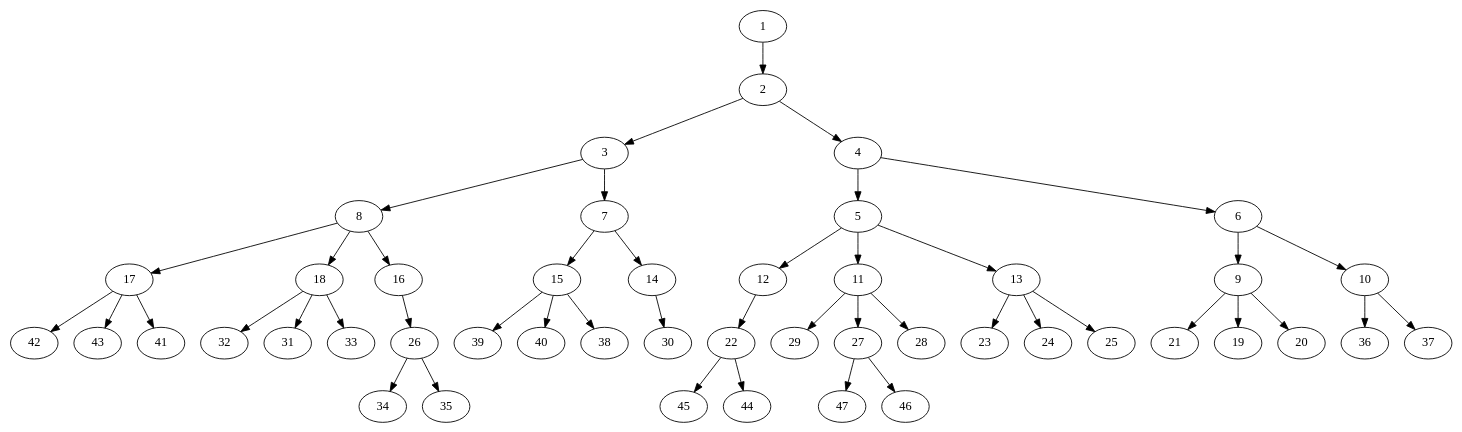
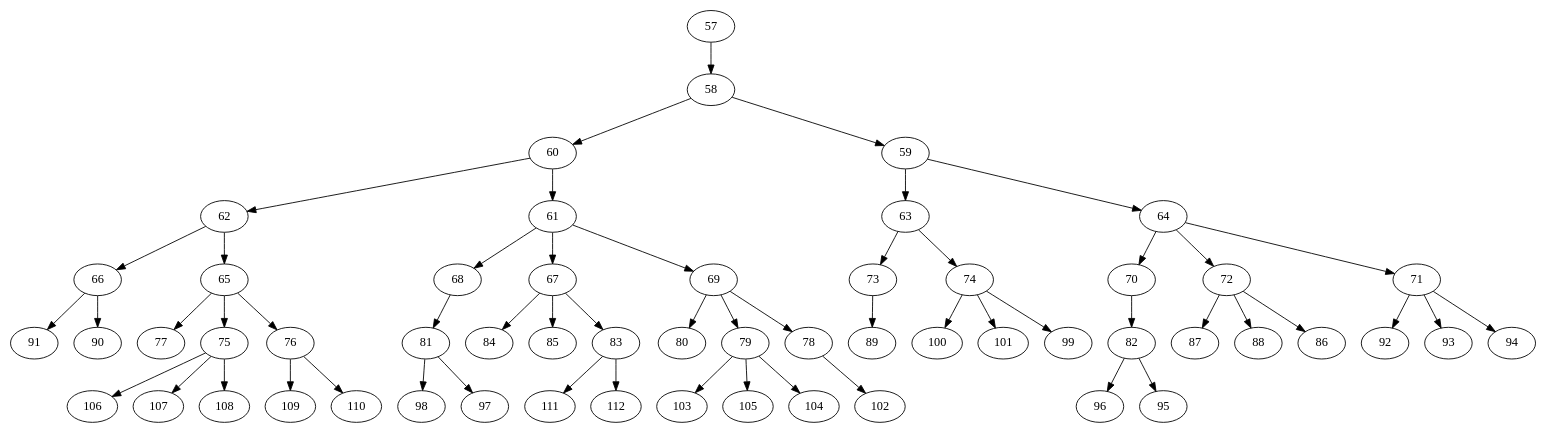
Before and after one commit to DonAurelio/ia-search-algorithms: the diagram in Clases/test.dot, drawn with Graphviz. The commit also changed 4 other files, not shown here.

```diff
--- a/Clases/test.dot
+++ b/Clases/test.dot
@@ -1,48 +1,57 @@
 strict digraph  {
-	1 -> 2;
-	2 -> 3;
-	2 -> 4;
-	3 -> 8;
-	3 -> 7;
-	4 -> 5;
-	4 -> 6;
-	5 -> 12;
-	5 -> 11;
-	5 -> 13;
-	6 -> 9;
-	6 -> 10;
-	7 -> 15;
-	7 -> 14;
-	8 -> 17;
-	8 -> 18;
-	8 -> 16;
-	9 -> 21;
-	9 -> 19;
-	9 -> 20;
-	10 -> 36;
-	10 -> 37;
-	11 -> 29;
-	11 -> 27;
-	11 -> 28;
-	12 -> 22;
-	13 -> 23;
-	13 -> 24;
-	13 -> 25;
-	14 -> 30;
-	15 -> 39;
-	15 -> 40;
-	15 -> 38;
-	16 -> 26;
-	17 -> 42;
-	17 -> 43;
-	17 -> 41;
-	18 -> 32;
-	18 -> 31;
-	18 -> 33;
-	22 -> 45;
-	22 -> 44;
-	26 -> 34;
-	26 -> 35;
-	27 -> 47;
-	27 -> 46;
+	57 -> 58;
+	58 -> 60;
+	58 -> 59;
+	59 -> 63;
+	59 -> 64;
+	60 -> 62;
+	60 -> 61;
+	61 -> 68;
+	61 -> 67;
+	61 -> 69;
+	62 -> 66;
+	62 -> 65;
+	63 -> 73;
+	63 -> 74;
+	64 -> 70;
+	64 -> 72;
+	64 -> 71;
+	65 -> 77;
+	65 -> 75;
+	65 -> 76;
+	66 -> 91;
+	66 -> 90;
+	67 -> 84;
+	67 -> 85;
+	67 -> 83;
+	68 -> 81;
+	69 -> 80;
+	69 -> 79;
+	69 -> 78;
+	70 -> 82;
+	71 -> 92;
+	71 -> 93;
+	71 -> 94;
+	72 -> 87;
+	72 -> 88;
+	72 -> 86;
+	73 -> 89;
+	74 -> 100;
+	74 -> 101;
+	74 -> 99;
+	75 -> 106;
+	75 -> 107;
+	75 -> 108;
+	76 -> 109;
+	76 -> 110;
+	78 -> 102;
+	79 -> 103;
+	79 -> 105;
+	79 -> 104;
+	81 -> 98;
+	81 -> 97;
+	82 -> 96;
+	82 -> 95;
+	83 -> 111;
+	83 -> 112;
 }
```
